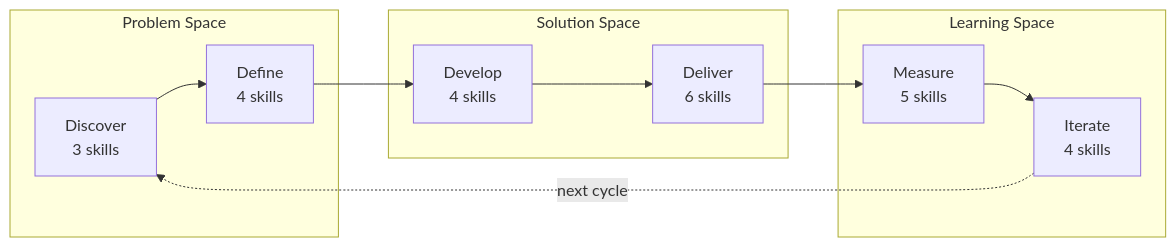
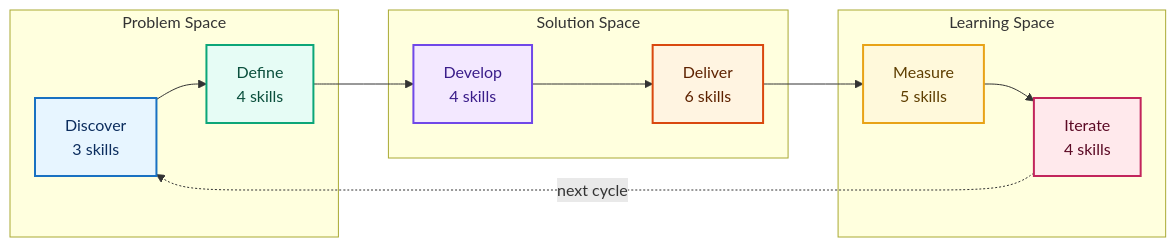
Before and after one commit to product-on-purpose/pm-skills: the first of 3 diagrams in docs/index.mdx, drawn with Mermaid. The commit also changed other lines of this file, not shown here.

````diff
--- a/docs/index.mdx
+++ b/docs/index.mdx
@@ -20,15 +20,29 @@
 ```mermaid
 graph LR
     subgraph "Problem Space"
         D1["Discover<br/>3 skills"] --> D2["Define<br/>4 skills"]
     end
     subgraph "Solution Space"
         D3["Develop<br/>4 skills"] --> D4["Deliver<br/>6 skills"]
     end
     subgraph "Learning Space"
         D5["Measure<br/>5 skills"] --> D6["Iterate<br/>4 skills"]
     end
     D2 --> D3
     D4 --> D5
     D6 -.->|"next cycle"| D1
+
+    classDef discover fill:#e7f5ff,stroke:#1971c2,color:#0c2d5e,stroke-width:2px
+    classDef define fill:#e6fcf5,stroke:#0ca678,color:#0a4f3c,stroke-width:2px
+    classDef develop fill:#f3e8ff,stroke:#7048e8,color:#3a1d8a,stroke-width:2px
+    classDef deliver fill:#fff4e1,stroke:#d9480f,color:#5e2200,stroke-width:2px
+    classDef measure fill:#fff9db,stroke:#e8a317,color:#5e3e00,stroke-width:2px
+    classDef iterate fill:#ffe9ec,stroke:#c2255c,color:#5c0a25,stroke-width:2px
+
+    class D1 discover
+    class D2 define
+    class D3 develop
+    class D4 deliver
+    class D5 measure
+    class D6 iterate
 ```
````
